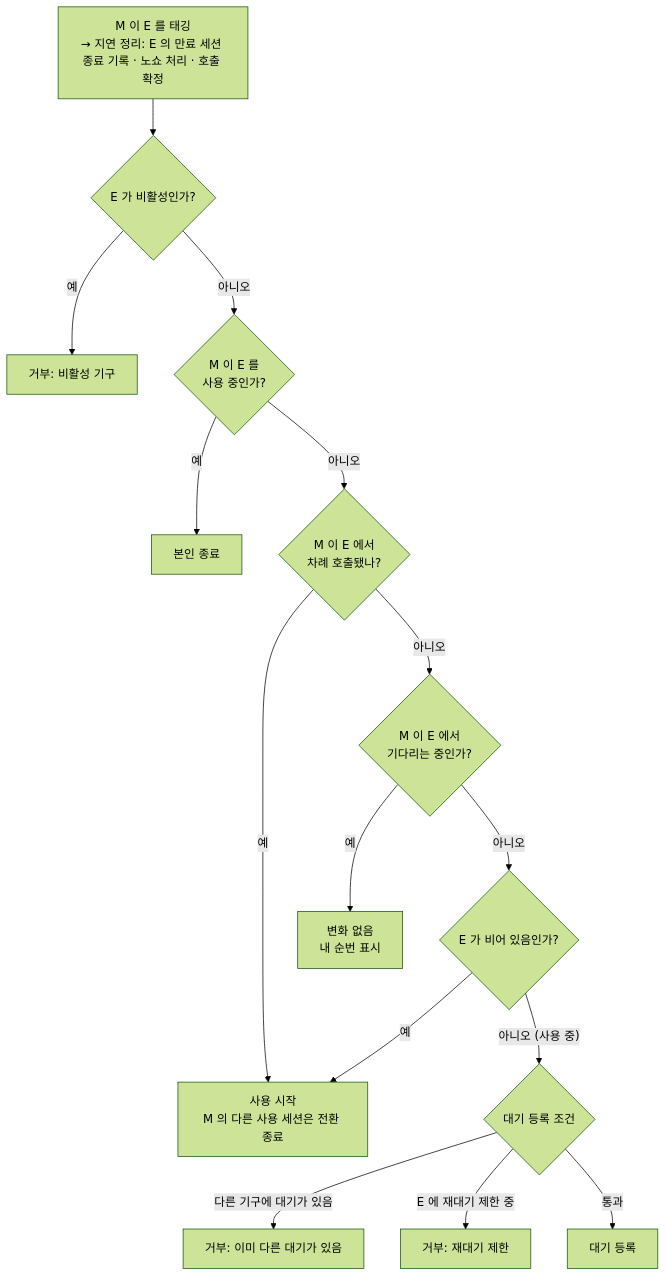
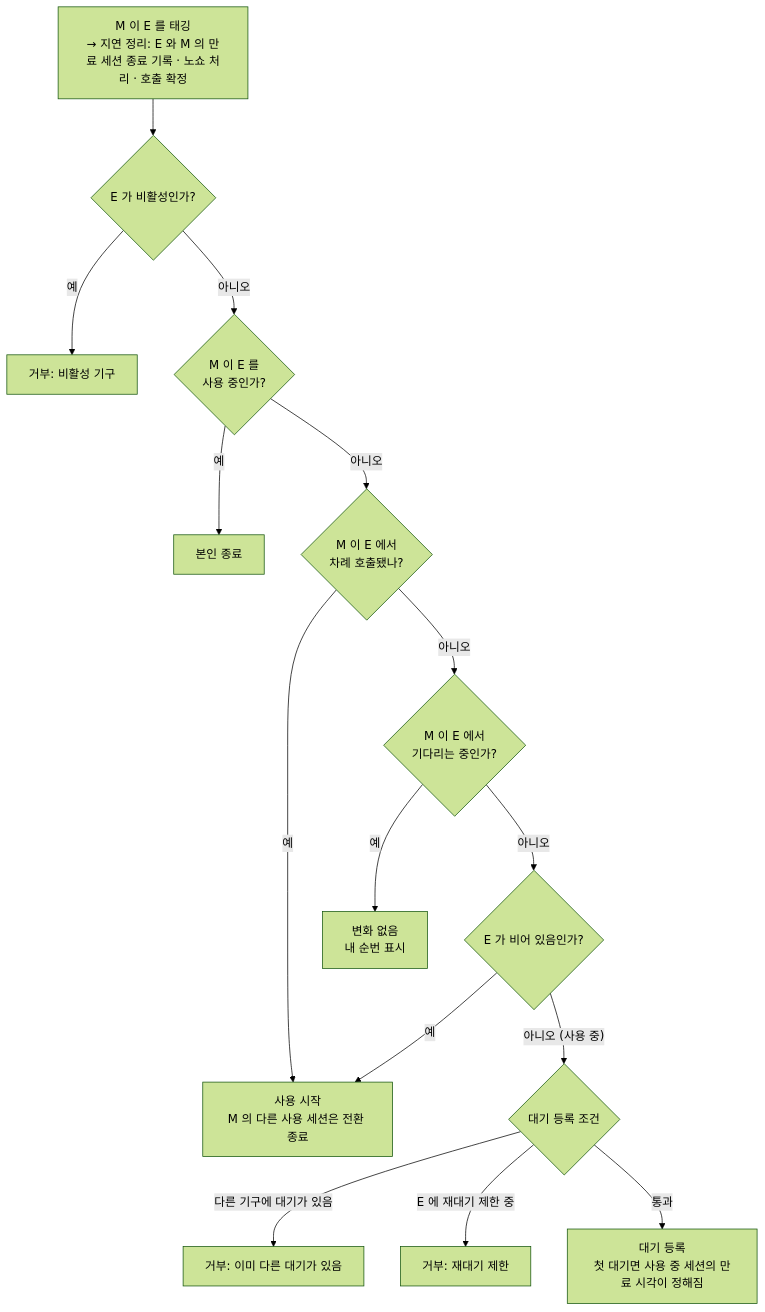
One commit to yong-joon-kwak/gym-equipment-reservation changed the second of 4 diagrams in docs/architecture/system-overview.md. Above: the diagram before and after it, drawn with Mermaid (forest theme). The commit also changed other lines of this file and 5 other files, not shown here.

````diff
--- a/docs/architecture/system-overview.md
+++ b/docs/architecture/system-overview.md
@@ -53,34 +53,34 @@
 ```mermaid
 flowchart TD
     %% 노드
-    UC_Settle["M 이 E 를 태깅<br/>→ 지연 정리: E 의 만료 세션 종료 기록 · 노쇼 처리 · 호출 확정"]
+    UC_Settle["M 이 E 를 태깅<br/>→ 지연 정리: E 와 M 의 만료 세션 종료 기록 · 노쇼 처리 · 호출 확정"]
     IsInactive{"E 가 비활성인가?"}
     IsMyUsage{"M 이 E 를<br/>사용 중인가?"}
     IsMyCall{"M 이 E 에서<br/>차례 호출됐나?"}
     IsMyWait{"M 이 E 에서<br/>기다리는 중인가?"}
     IsAvailable{"E 가 비어 있음인가?"}
     IsEnqueueAllowed{"대기 등록 조건"}
     UC_EndByMember["본인 종료"]
     UC_StartSession["사용 시작<br/>M 의 다른 사용 세션은 전환 종료"]
     UC_ShowPosition["변화 없음<br/>내 순번 표시"]
-    UC_Enqueue["대기 등록"]
+    UC_Enqueue["대기 등록<br/>첫 대기면 사용 중 세션의 만료 시각이 정해짐"]
     Reject_Inactive["거부: 비활성 기구"]
     Reject_OtherWait["거부: 이미 다른 대기가 있음"]
     Reject_Cooldown["거부: 재대기 제한"]
 
     %% 관계
     UC_Settle --> IsInactive
     IsInactive -->|"예"| Reject_Inactive
     IsInactive -->|"아니오"| IsMyUsage
     IsMyUsage -->|"예"| UC_EndByMember
     IsMyUsage -->|"아니오"| IsMyCall
     IsMyCall -->|"예"| UC_StartSession
     IsMyCall -->|"아니오"| IsMyWait
     IsMyWait -->|"예"| UC_ShowPosition
     IsMyWait -->|"아니오"| IsAvailable
     IsAvailable -->|"예"| UC_StartSession
     IsAvailable -->|"아니오 (사용 중)"| IsEnqueueAllowed
     IsEnqueueAllowed -->|"다른 기구에 대기가 있음"| Reject_OtherWait
     IsEnqueueAllowed -->|"E 에 재대기 제한 중"| Reject_Cooldown
     IsEnqueueAllowed -->|"통과"| UC_Enqueue
 ```
````
